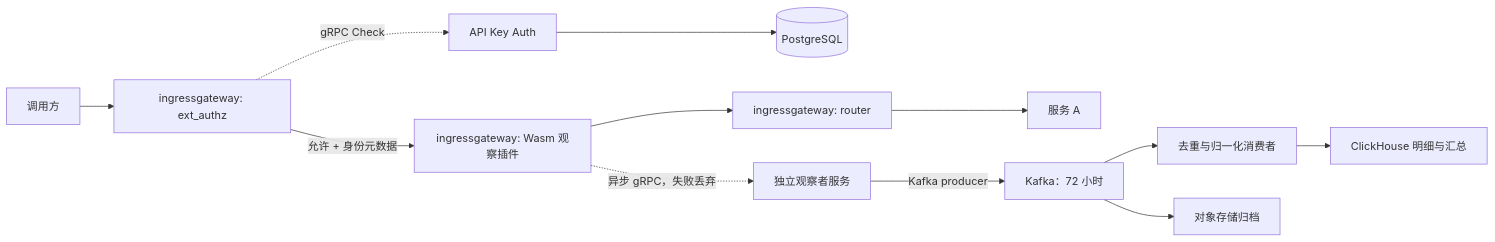
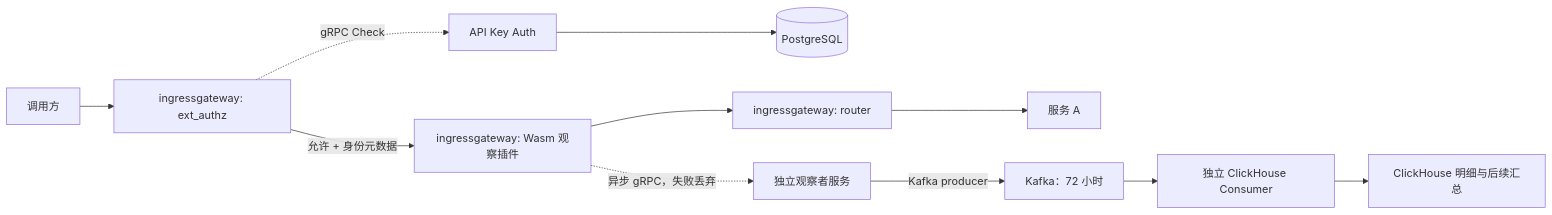
One commit to Fangyan33/llm-token-stats changed the diagram in docs/token-metering-design.md. Above: the diagram before and after it, drawn with Mermaid. The commit also changed other lines of this file and 3 other files, not shown here.

```diff
--- a/docs/token-metering-design.md
+++ b/docs/token-metering-design.md
@@ -80,14 +80,13 @@
 ~~~mermaid
 flowchart LR
     U[调用方] --> X[ingressgateway: ext_authz]
     X -. gRPC Check .-> H[API Key Auth]
     H --> P[(PostgreSQL)]
     X -->|允许 + 身份元数据| W[ingressgateway: Wasm 观察插件]
     W --> G[ingressgateway: router]
     G --> A[服务 A]
     W -. 异步 gRPC，失败丢弃 .-> O[独立观察者服务]
     O -->|Kafka producer| K[Kafka：72 小时]
-    K --> C[去重与归一化消费者]
-    C --> D[ClickHouse 明细与汇总]
-    K --> S[对象存储归档]
+    K --> C[独立 ClickHouse Consumer]
+    C --> D[ClickHouse 明细与后续汇总]
 ~~~
```
